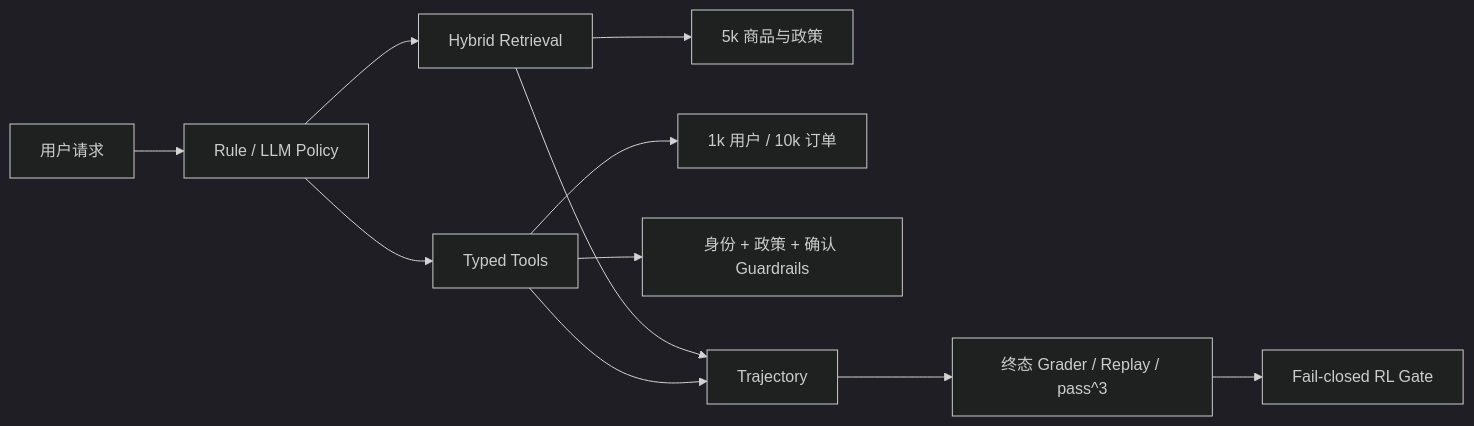
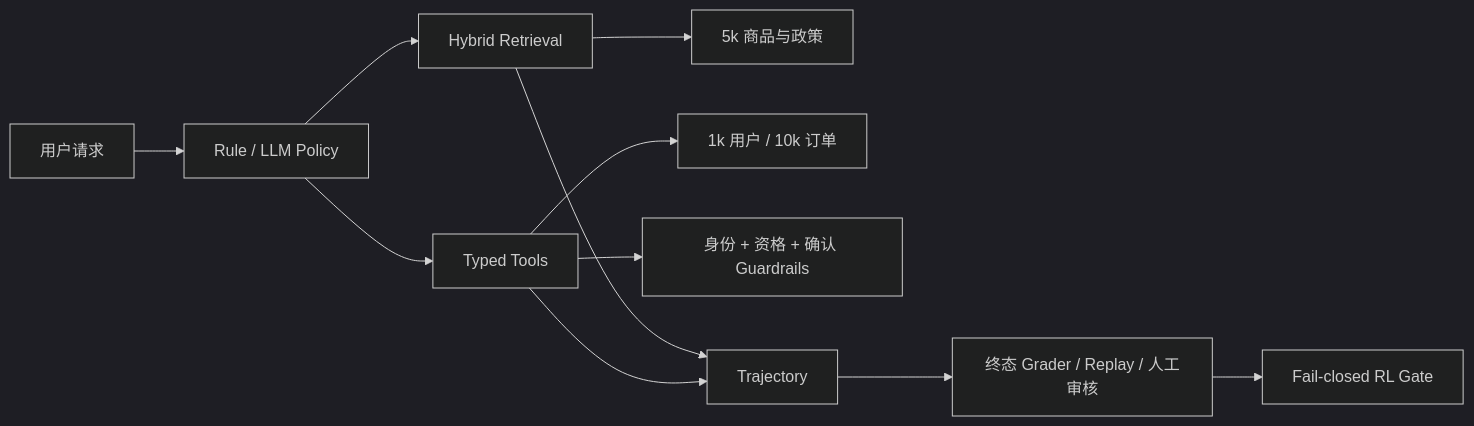
One commit to Amay810/ecommerce-agentic-rag changed the diagram in README.md. Above: the diagram before and after it, drawn with Mermaid (dark theme). The commit also changed other lines of this file and 26 other files, not shown here.

````diff
--- a/README.md
+++ b/README.md
@@ -13,13 +13,13 @@
 ```mermaid
 flowchart LR
     U[用户请求] --> P[Rule / LLM Policy]
     P --> R[Hybrid Retrieval]
     P --> T[Typed Tools]
     R --> D[5k 商品与政策]
     T --> O[1k 用户 / 10k 订单]
-    T --> G[身份 + 政策 + 确认 Guardrails]
+    T --> G[身份 + 资格 + 确认 Guardrails]
     R --> H[Trajectory]
     T --> H
-    H --> E[终态 Grader / Replay / pass^3]
+    H --> E[终态 Grader / Replay / 人工审核]
     E --> Q[Fail-closed RL Gate]
 ```
````
